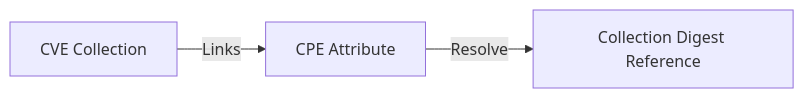
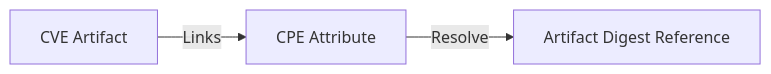
One commit to emporous/community changed the third of 9 diagrams in docs/design.md. Above: the diagram before and after it, drawn with Mermaid. The commit also changed other lines of this file, not shown here.

````diff
--- a/docs/design.md
+++ b/docs/design.md
@@ -244,5 +247,5 @@
 ```mermaid
 graph LR;
-A[CVE Collection]--Links-->B[CPE Attribute]
-B--Resolve-->C[Collection Digest Reference]
+A[CVE Artifact]--Links-->B[CPE Attribute]
+B--Resolve-->C[Artifact Digest Reference]
 ```
````
